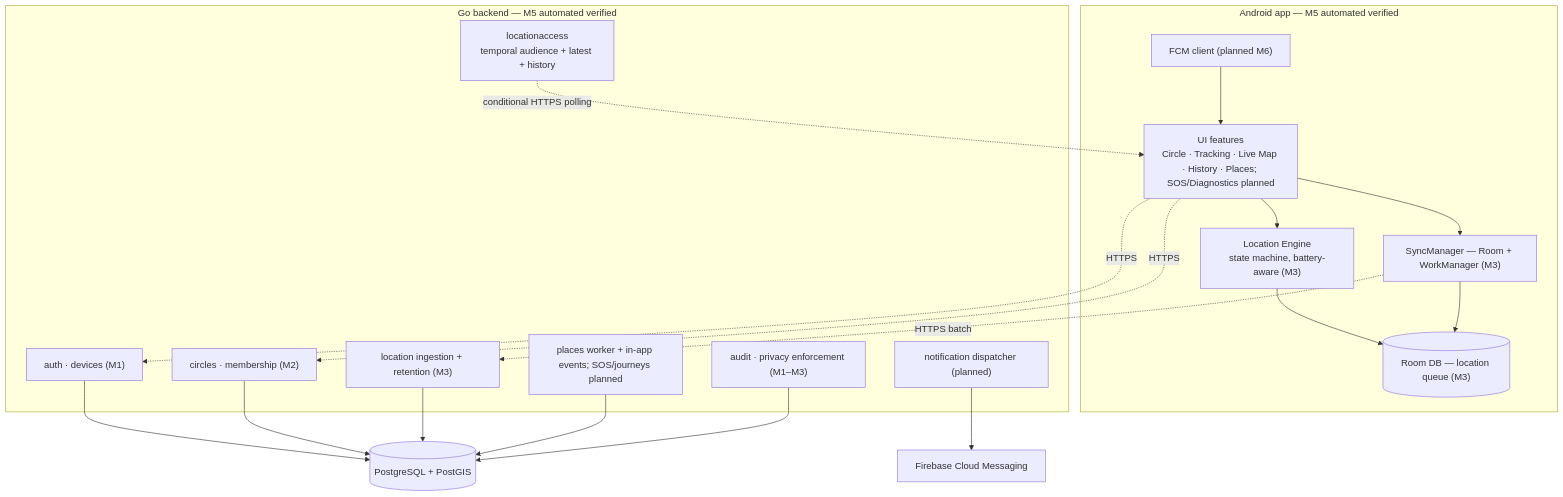
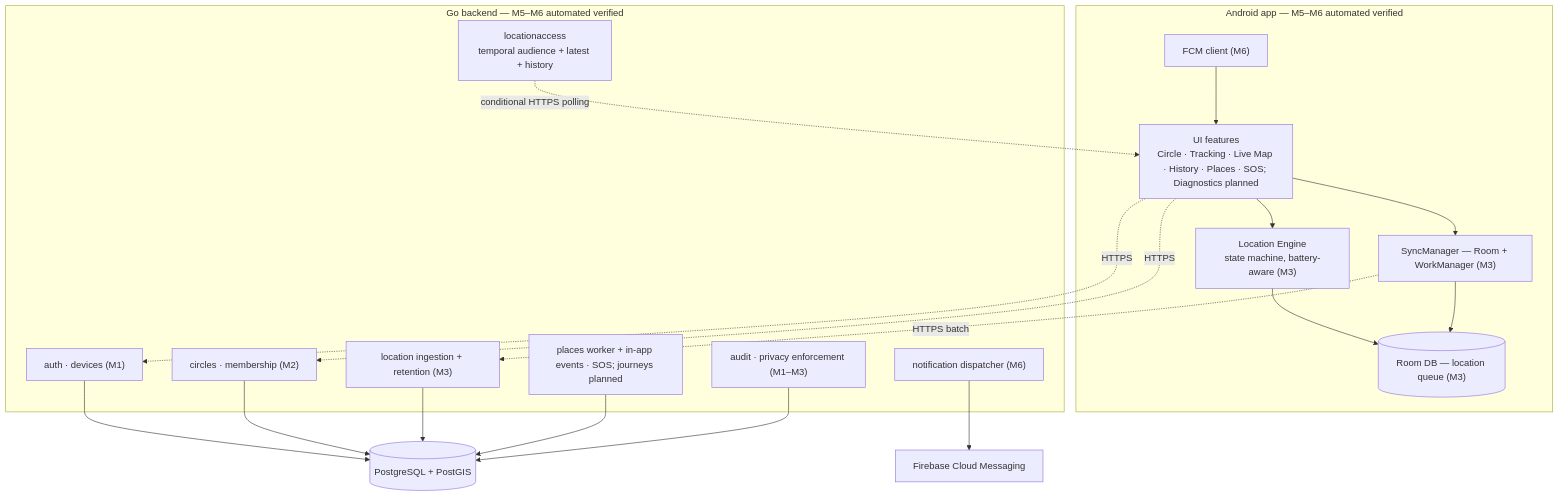
The second of 5 diagrams in docs/architecture/overview.md (QuocDuong16/anve), drawn with Mermaid before and after one commit. The commit also changed other lines of this file and 8 other files, not shown here.

````diff
--- a/docs/architecture/overview.md
+++ b/docs/architecture/overview.md
@@ -45,36 +45,36 @@
 ```mermaid
 flowchart TB
-    subgraph androidT["Android app — M5 automated verified"]
-        UIF["UI features<br/>Circle · Tracking · Live Map · History · Places; SOS/Diagnostics planned"]
+    subgraph androidT["Android app — M5–M6 automated verified"]
+        UIF["UI features<br/>Circle · Tracking · Live Map · History · Places · SOS; Diagnostics planned"]
         LE["Location Engine<br/>state machine, battery-aware (M3)"]
         SYNC["SyncManager — Room + WorkManager (M3)"]
         ROOM[("Room DB — location queue (M3)")]
-        FCMC["FCM client (planned M6)"]
+        FCMC["FCM client (M6)"]
     end
-    subgraph serverT["Go backend — M5 automated verified"]
+    subgraph serverT["Go backend — M5–M6 automated verified"]
         AUTH["auth · devices (M1)"]
         CIRC["circles · membership (M2)"]
         ING["location ingestion + retention (M3)"]
         READ["locationaccess<br/>temporal audience + latest + history"]
-        EVT["places worker + in-app events; SOS/journeys planned"]
-        NOTIF["notification dispatcher (planned)"]
+        EVT["places worker + in-app events · SOS; journeys planned"]
+        NOTIF["notification dispatcher (M6)"]
         AUDIT["audit · privacy enforcement (M1–M3)"]
     end
     PG[("PostgreSQL + PostGIS")]
     FCM["Firebase Cloud Messaging"]
     UIF --> LE
     UIF --> SYNC
     LE --> ROOM
     SYNC --> ROOM
     FCMC --> UIF
     SYNC -. "HTTPS batch" .-> ING
     UIF -. "HTTPS" .-> AUTH
     UIF -. "HTTPS" .-> CIRC
     READ -. "conditional HTTPS polling" .-> UIF
     NOTIF --> FCM
     AUTH --> PG
     CIRC --> PG
     ING --> PG
     EVT --> PG
     AUDIT --> PG
 ```
````
